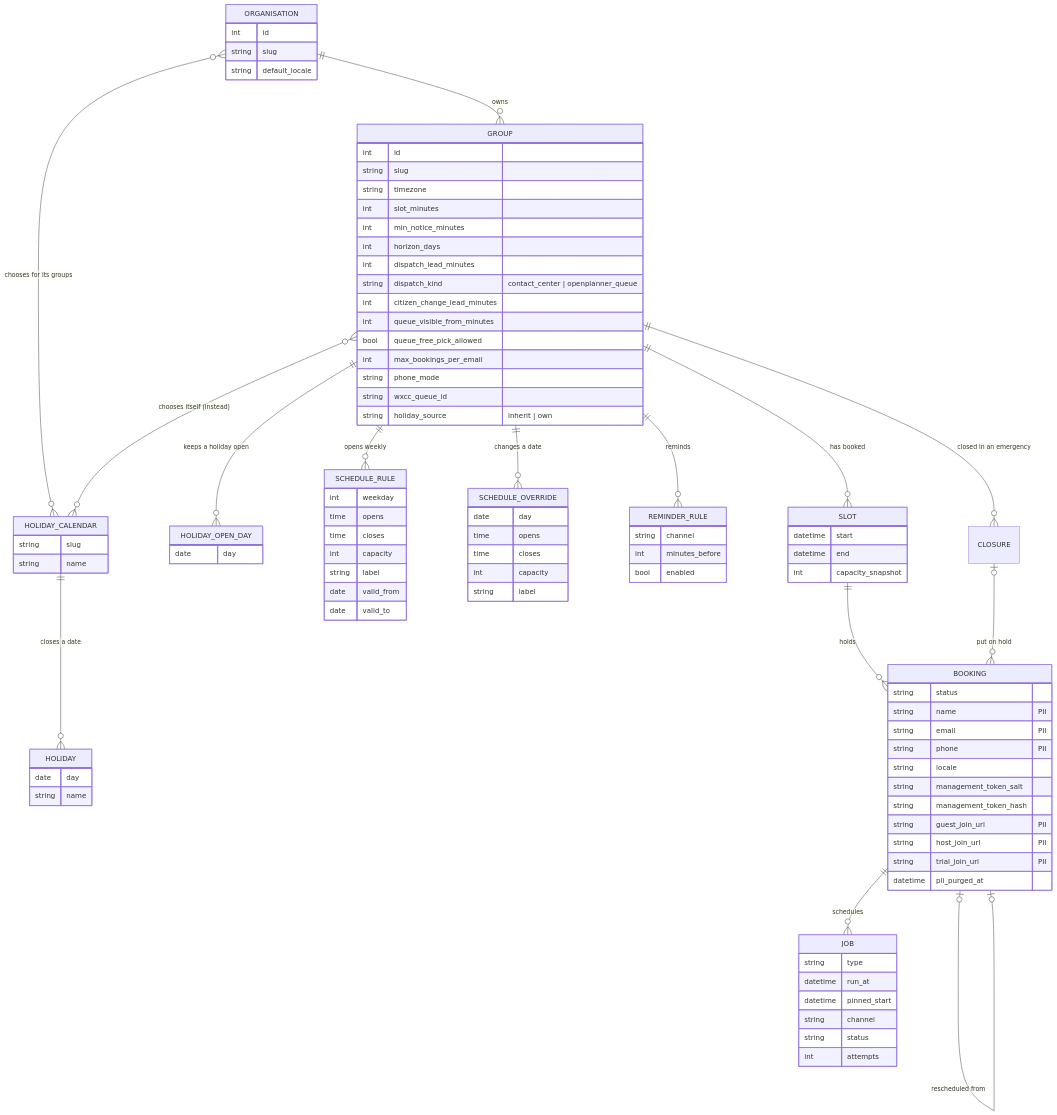
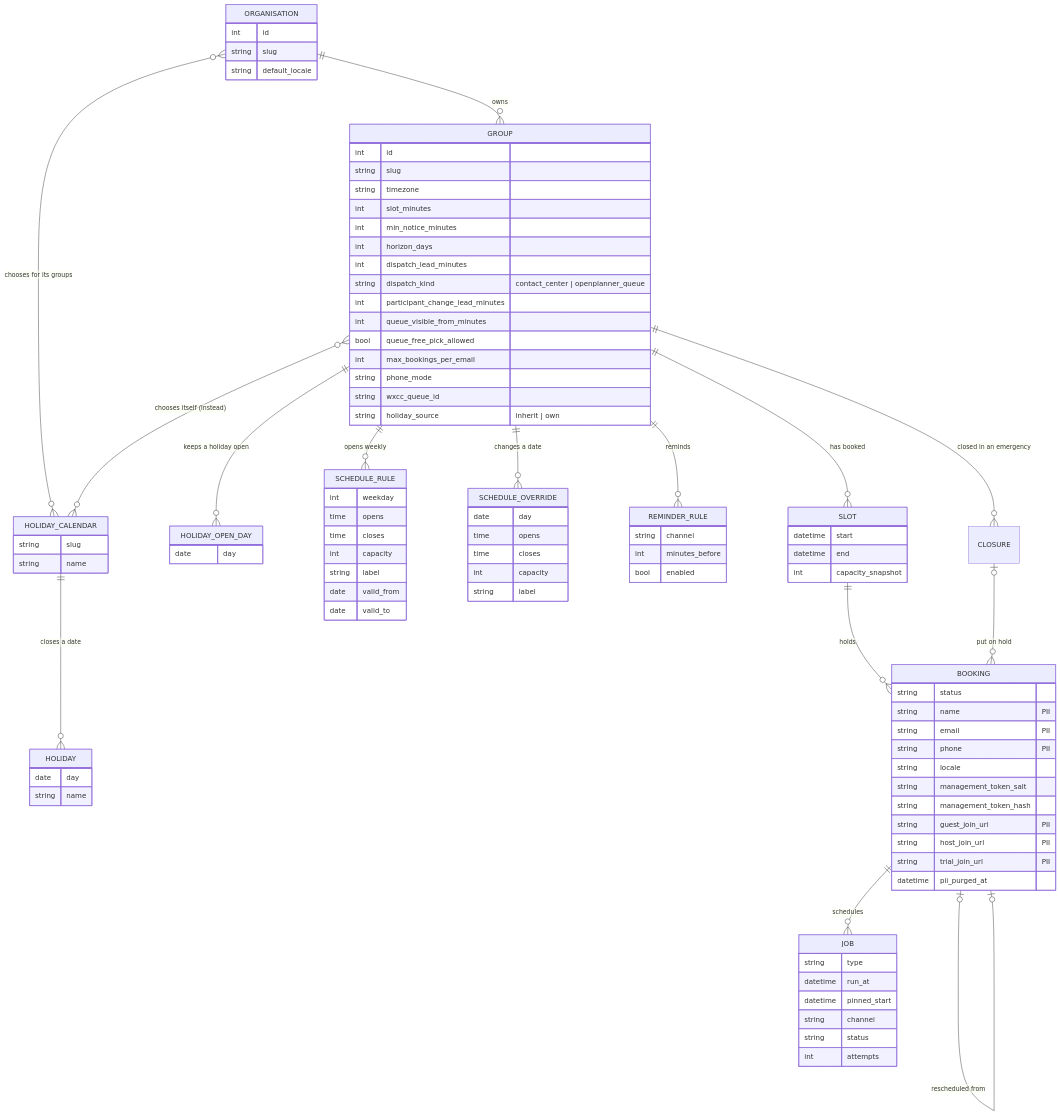
Before and after one commit to 3Corners-Labs/OpenPlanner: the fifth of 14 diagrams in docs/architecture.md, drawn with Mermaid. The commit also changed other lines of this file and 19 other files, not shown here.

```diff
--- a/docs/architecture.md
+++ b/docs/architecture.md
@@ -326,7 +326,7 @@
         int horizon_days
         int dispatch_lead_minutes
         string dispatch_kind "contact_center | openplanner_queue"
-        int citizen_change_lead_minutes
+        int participant_change_lead_minutes
         int queue_visible_from_minutes
         bool queue_free_pick_allowed
         int max_bookings_per_email
```
